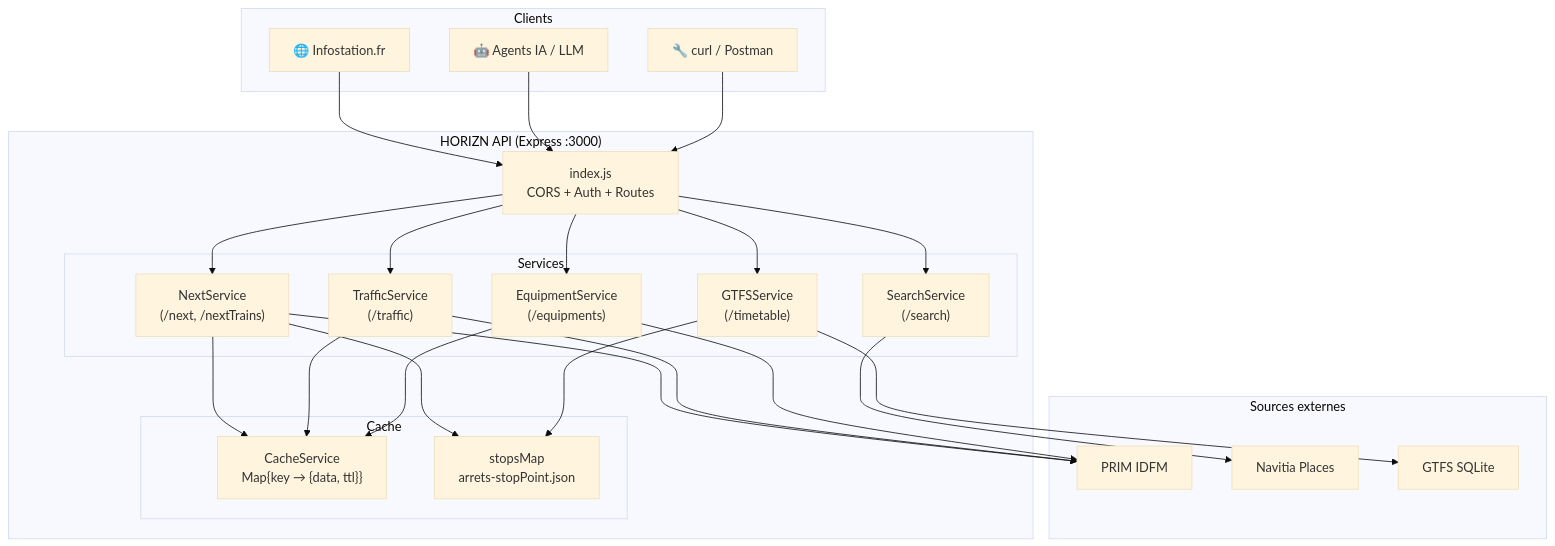
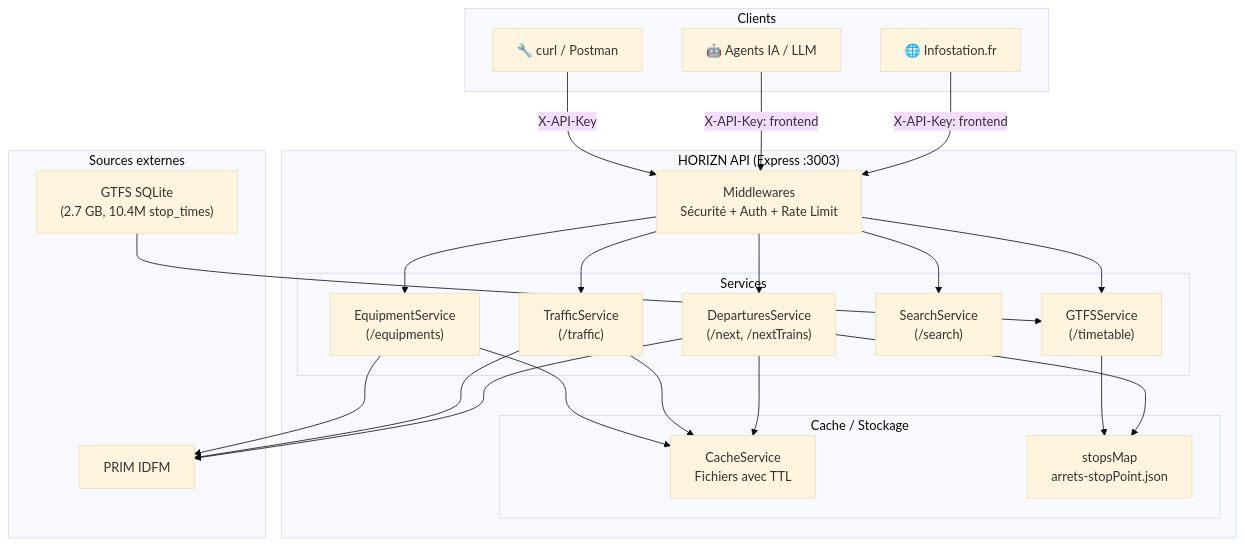
One commit to leolesimple/ISA changed the first of 3 diagrams in docs/ARCHITECTURE.md. Above: the diagram before and after it, drawn with Mermaid (base theme). The commit also changed other lines of this file and 21 other files, not shown here.

````diff
--- a/docs/ARCHITECTURE.md
+++ b/docs/ARCHITECTURE.md
@@ -41,50 +69,48 @@
 ```mermaid
 graph TB
     subgraph "Clients"
         C1["🌐 Infostation.fr"]
         C2["🤖 Agents IA / LLM"]
         C3["🔧 curl / Postman"]
     end
 
-    subgraph "HORIZN API (Express :3000)"
-        I["index.js<br/>CORS + Auth + Routes"]
+    subgraph "HORIZN API (Express :3003)"
+        SEC["Middlewares<br/>Sécurité + Auth + Rate Limit"]
         
         subgraph "Services"
-            NS["NextService<br/>(/next, /nextTrains)"]
+            DS["DeparturesService<br/>(/next, /nextTrains)"]
             TS["TrafficService<br/>(/traffic)"]
             ES["EquipmentService<br/>(/equipments)"]
             SS["SearchService<br/>(/search)"]
             GS["GTFSService<br/>(/timetable)"]
         end
         
-        subgraph "Cache"
-            CACHE["CacheService<br/>Map{key → {data, ttl}}"]
+        subgraph "Cache / Stockage"
+            CACHE["CacheService<br/>Fichiers avec TTL"]
             STOPMAP["stopsMap<br/>arrets-stopPoint.json"]
         end
     end
 
     subgraph "Sources externes"
         PRIM["PRIM IDFM"]
-        NAVITIA["Navitia Places"]
-        GTFS_FILE["GTFS SQLite"]
+        GTFS_FILE["GTFS SQLite<br/>(2.7 GB, 10.4M stop_times)"]
     end
 
-    C1 --> I
-    C2 --> I
-    C3 --> I
-    I --> NS
-    I --> TS
-    I --> ES
-    I --> SS
-    I --> GS
-    NS --> CACHE
+    C1 -->|"X-API-Key: frontend"| SEC
+    C2 -->|"X-API-Key: frontend"| SEC
+    C3 -->|"X-API-Key"| SEC
+    SEC --> DS
+    SEC --> TS
+    SEC --> ES
+    SEC --> SS
+    SEC --> GS
+    DS --> CACHE
     TS --> CACHE
     ES --> CACHE
-    NS --> STOPMAP
+    DS --> STOPMAP
     GS --> STOPMAP
-    NS --> PRIM
+    DS --> PRIM
     TS --> PRIM
     ES --> PRIM
-    SS --> NAVITIA
-    GS --> GTFS_FILE
+    GTFS_FILE --> GS
 ```
````
